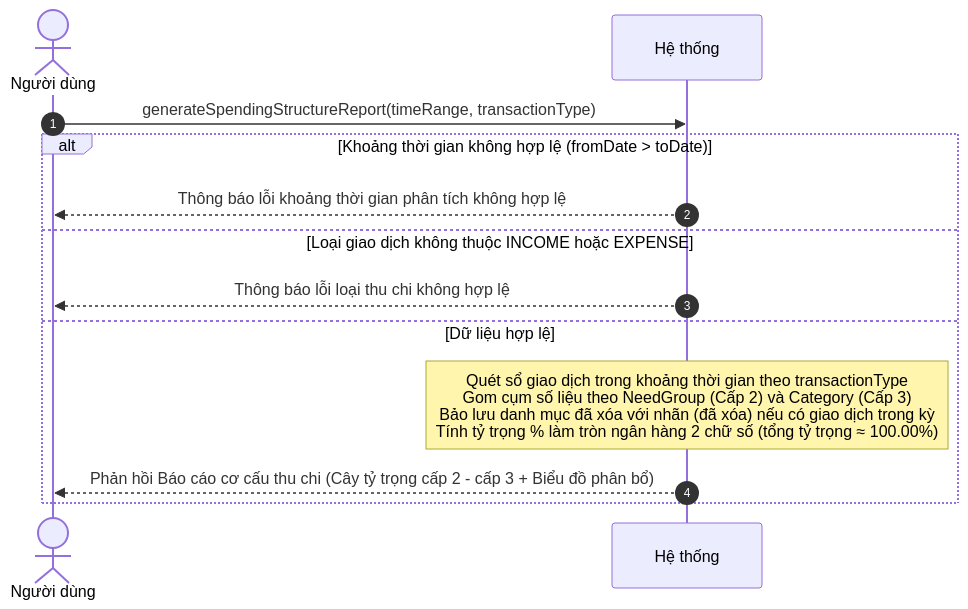
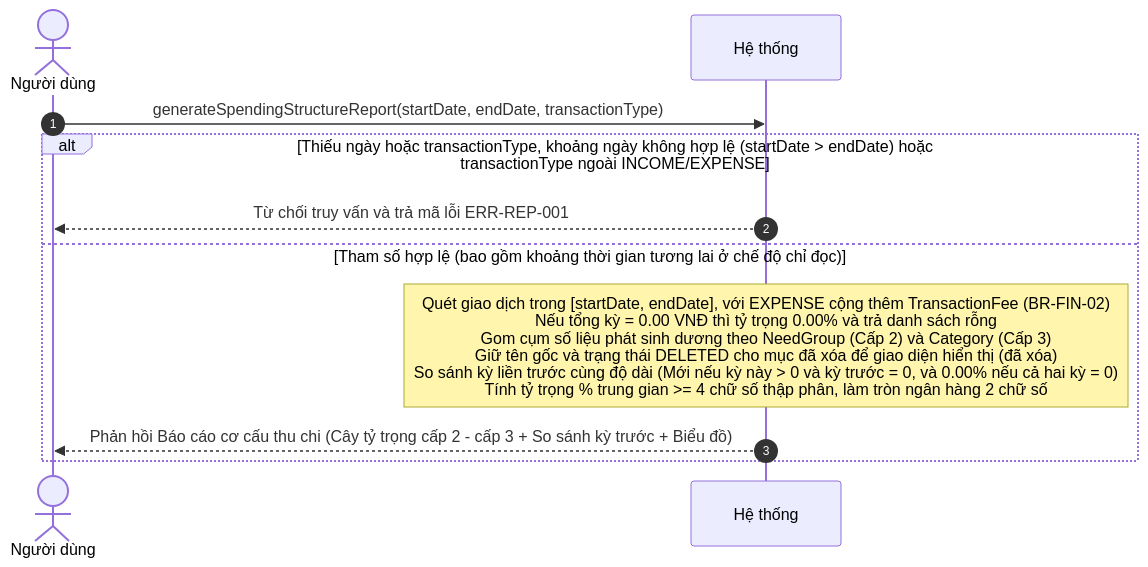
One commit to mynhleeh/pfms-oop changed diagram 17 of 20 in docs/object-oriented-analysis/03-so-do-tuan-tu-he-thong-ssd.md. Above: the diagram before and after it, drawn with Mermaid. The commit also changed other lines of this file and 21 other files, not shown here.

Commit message:
docs(spec): align SRS, OOA, and OOD models with 12-month window and single-scan sequence

````diff
--- a/docs/object-oriented-analysis/03-so-do-tuan-tu-he-thong-ssd.md
+++ b/docs/object-oriented-analysis/03-so-do-tuan-tu-he-thong-ssd.md
@@ -664,16 +665,14 @@
 ```mermaid
 sequenceDiagram
     autonumber
     actor User as Người dùng
     participant System as Hệ thống
 
-    User->>System: generateSpendingStructureReport(timeRange, transactionType)
-    alt Khoảng thời gian không hợp lệ (fromDate > toDate)
-        System-->>User: Thông báo lỗi khoảng thời gian phân tích không hợp lệ
-    else Loại giao dịch không thuộc INCOME hoặc EXPENSE
-        System-->>User: Thông báo lỗi loại thu chi không hợp lệ
-    else Dữ liệu hợp lệ
-        Note over System: Quét sổ giao dịch trong khoảng thời gian theo transactionType<br/>Gom cụm số liệu theo NeedGroup (Cấp 2) và Category (Cấp 3)<br/>Bảo lưu danh mục đã xóa với nhãn (đã xóa) nếu có giao dịch trong kỳ<br/>Tính tỷ trọng % làm tròn ngân hàng 2 chữ số (tổng tỷ trọng ≈ 100.00%)
-        System-->>User: Phản hồi Báo cáo cơ cấu thu chi (Cây tỷ trọng cấp 2 - cấp 3 + Biểu đồ phân bổ)
+    User->>System: generateSpendingStructureReport(startDate, endDate, transactionType)
+    alt Thiếu ngày hoặc transactionType, khoảng ngày không hợp lệ (startDate > endDate) hoặc transactionType ngoài INCOME/EXPENSE
+        System-->>User: Từ chối truy vấn và trả mã lỗi ERR-REP-001
+    else Tham số hợp lệ (bao gồm khoảng thời gian tương lai ở chế độ chỉ đọc)
+        Note over System: Quét giao dịch trong [startDate, endDate], với EXPENSE cộng thêm TransactionFee (BR-FIN-02)<br/>Nếu tổng kỳ = 0.00 VNĐ thì tỷ trọng 0.00% và trả danh sách rỗng<br/>Gom cụm số liệu phát sinh dương theo NeedGroup (Cấp 2) và Category (Cấp 3)<br/>Giữ tên gốc và trạng thái DELETED cho mục đã xóa để giao diện hiển thị (đã xóa)<br/>So sánh kỳ liền trước cùng độ dài (Mới nếu kỳ này > 0 và kỳ trước = 0, và 0.00% nếu cả hai kỳ = 0)<br/>Tính tỷ trọng % trung gian >= 4 chữ số thập phân, làm tròn ngân hàng 2 chữ số
+        System-->>User: Phản hồi Báo cáo cơ cấu thu chi (Cây tỷ trọng cấp 2 - cấp 3 + So sánh kỳ trước + Biểu đồ)
     end
 ```
````
